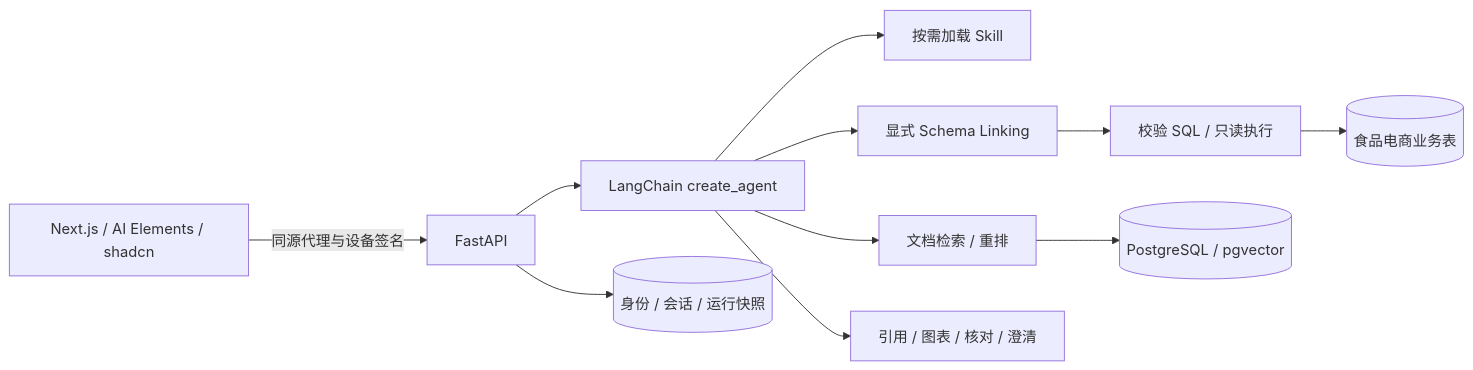
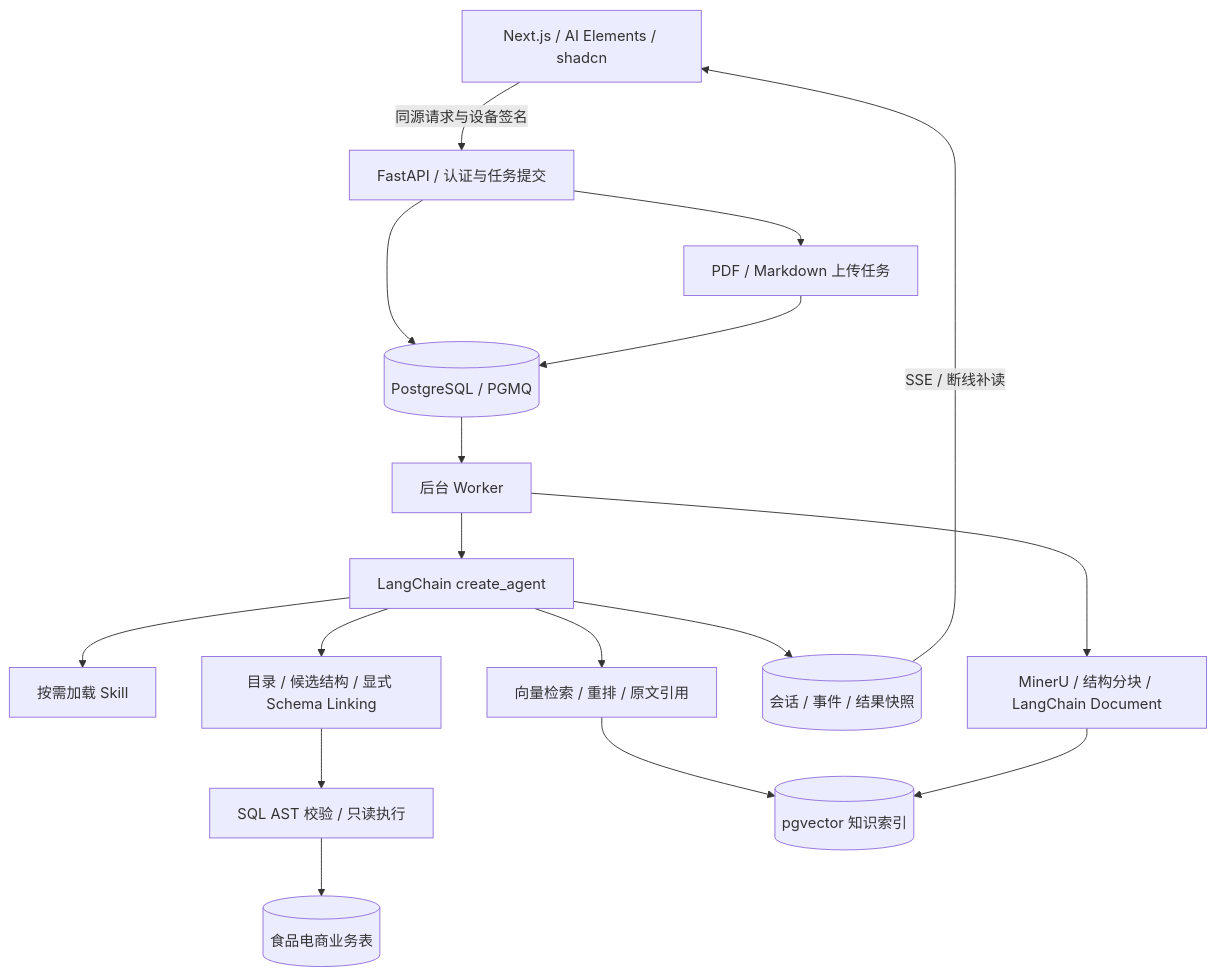
The diagram in README.md (heyjianhang/xiaoma-assistant), drawn with Mermaid before and after one commit. The commit also changed other lines of this file and 15 other files, not shown here.

````diff
--- a/README.md
+++ b/README.md
@@ -21,13 +30,19 @@
 ```mermaid
-flowchart LR
-  Web[Next.js / AI Elements / shadcn] -->|同源代理与设备签名| API[FastAPI]
-  API --> Agent[LangChain create_agent]
-  Agent --> Skills[按需加载 Skill]
-  Agent --> RAG[文档检索 / 重排]
-  Agent --> Link[显式 Schema Linking]
-  Link --> SQL[校验 SQL / 只读执行]
-  RAG --> PG[(PostgreSQL / pgvector)]
+flowchart TD
+  Web[Next.js / AI Elements / shadcn] -->|同源请求与设备签名| API[FastAPI / 认证与任务提交]
+  API --> Queue[(PostgreSQL / PGMQ)]
+  Queue --> Worker[后台 Worker]
+  Worker --> Agent[LangChain create_agent]
+  Agent --> Skill[按需加载 Skill]
+  Agent --> RAG[向量检索 / 重排 / 原文引用]
+  Agent --> Link[目录 / 候选结构 / 显式 Schema Linking]
+  Link --> SQL[SQL AST 校验 / 只读执行]
+  RAG --> Vector[(pgvector 知识索引)]
   SQL --> Business[(食品电商业务表)]
-  API --> History[(身份 / 会话 / 运行快照)]
-  Agent --> UI[引用 / 图表 / 核对 / 澄清]
+  Agent --> Events[(会话 / 事件 / 结果快照)]
+  Events -->|SSE / 断线补读| Web
+  API --> Ingest[PDF / Markdown 上传任务]
+  Ingest --> Queue
+  Worker --> Parse[MinerU / 结构分块 / LangChain Document]
+  Parse --> Vector
 ```
````
